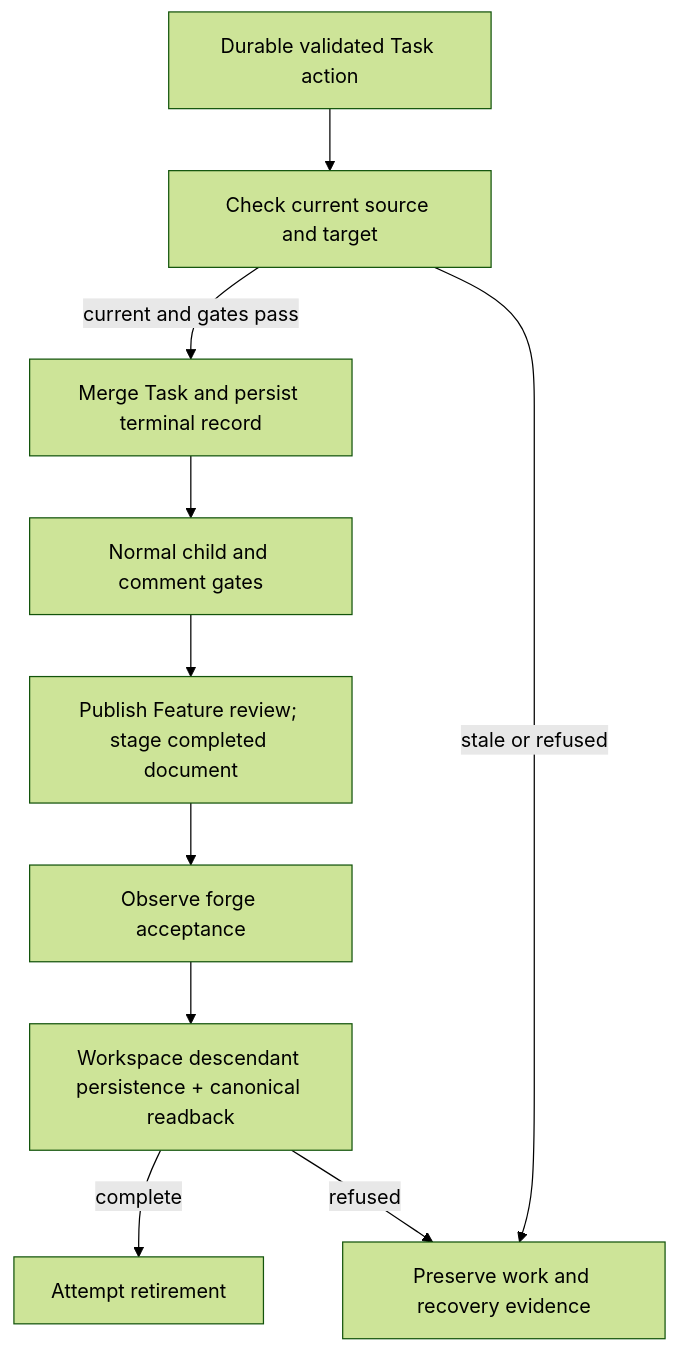
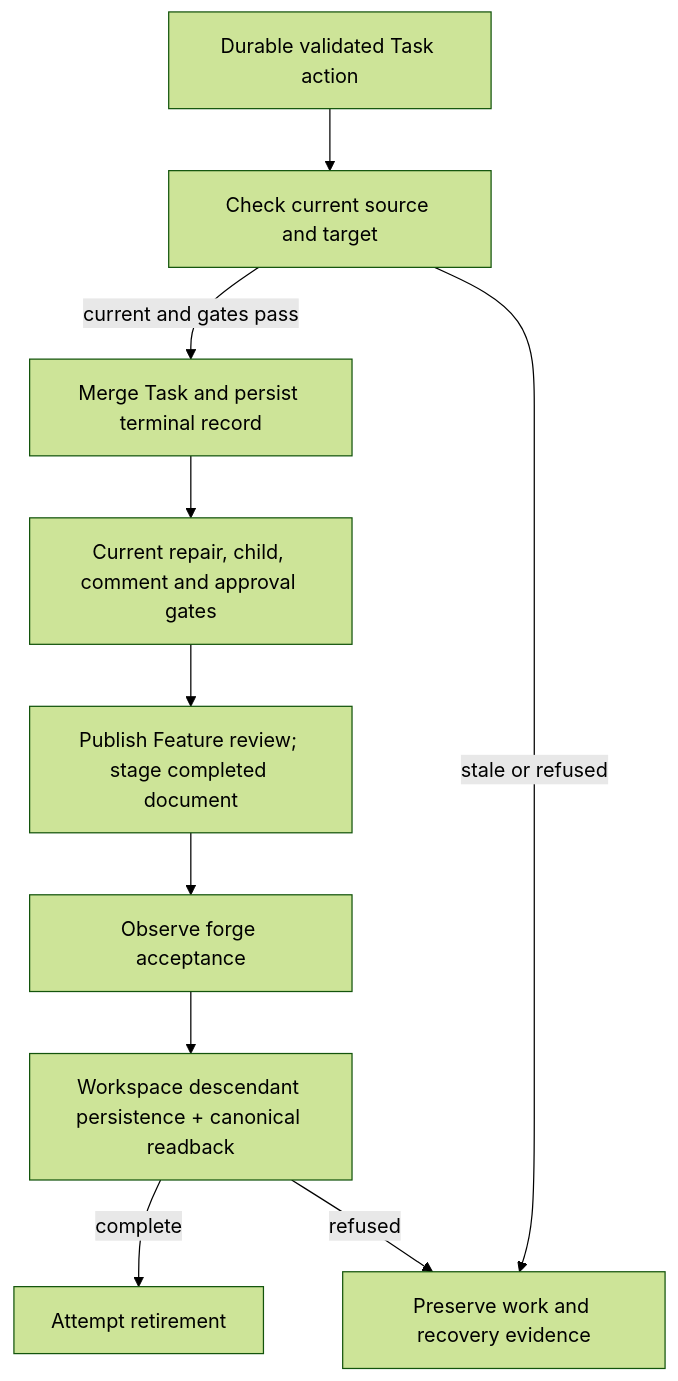
The diagram in cascade/boss/DESIGN.md (vincentc-b/CascadeCode), drawn with Mermaid (forest theme) before and after one commit. The commit also changed other lines of this file and 12 other files, not shown here.

First line of the commit message:
task/task_047_002_002: Gate child mint and closeout on current repair and review generation

````diff
--- a/cascade/boss/DESIGN.md
+++ b/cascade/boss/DESIGN.md
@@ -40,12 +46,12 @@
 ```mermaid
 flowchart TD
     Queue[Durable validated Task action] --> Pair[Check current source and target]
     Pair -->|current and gates pass| Merge[Merge Task and persist terminal record]
     Pair -->|stale or refused| Preserve[Preserve work and recovery evidence]
-    Merge --> Rollup[Normal child and comment gates]
+    Merge --> Rollup[Current repair, child, comment and approval gates]
     Rollup --> Review[Publish Feature review; stage completed document]
     Review --> Accept[Observe forge acceptance]
     Accept --> Proof[Workspace descendant persistence + canonical readback]
     Proof -->|complete| Close[Attempt retirement]
     Proof -->|refused| Preserve
 ```
````
